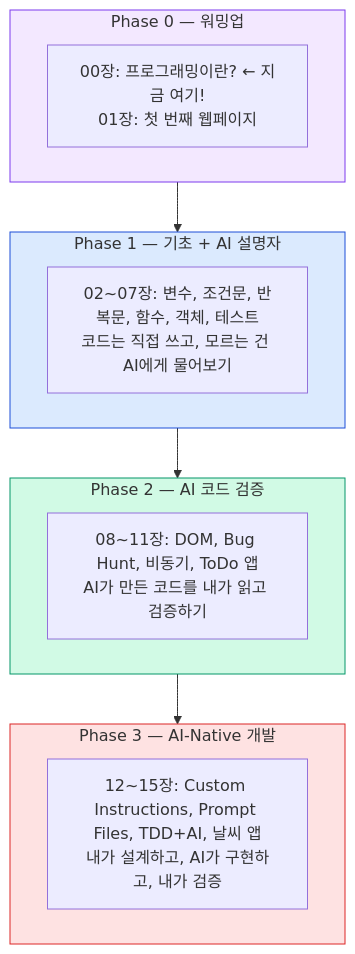
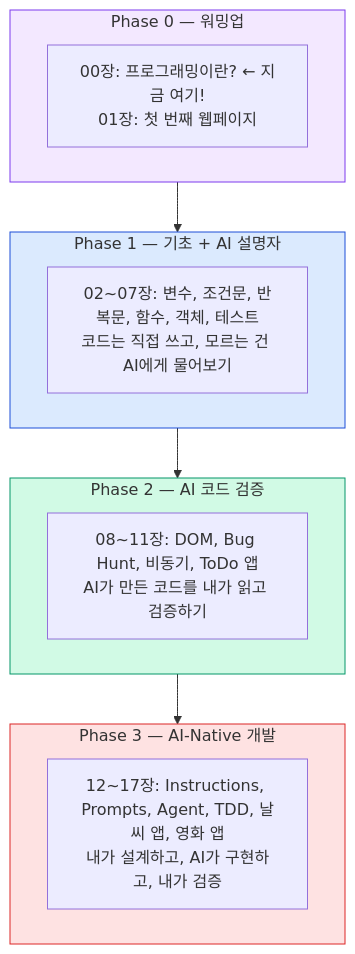
The diagram in docs/12_ai_native_javascript/01_프로그래밍이란.md (webDevpia/webDevpia.github.io), drawn with Mermaid before and after one commit.

Commit message:
01장 Mermaid: Phase 3 범위 12~15장 → 12~17장 수정
- Agent(14장) 누락 → 추가
- 영화 앱(17장) 누락 → 추가
- "TDD+AI" → "TDD" (Agent가 별도 장으로 분리되었으므로)

````diff
--- a/docs/12_ai_native_javascript/01_프로그래밍이란.md
+++ b/docs/12_ai_native_javascript/01_프로그래밍이란.md
@@ -439,24 +439,24 @@
 ```mermaid
 flowchart TB
     subgraph P0["Phase 0 — 워밍업"]
         A["00장: 프로그래밍이란? ← 지금 여기!
 01장: 첫 번째 웹페이지"]
     end
     subgraph P1["Phase 1 — 기초 + AI 설명자"]
         B["02~07장: 변수, 조건문, 반복문, 함수, 객체, 테스트
 코드는 직접 쓰고, 모르는 건 AI에게 물어보기"]
     end
     subgraph P2["Phase 2 — AI 코드 검증"]
         C["08~11장: DOM, Bug Hunt, 비동기, ToDo 앱
 AI가 만든 코드를 내가 읽고 검증하기"]
     end
     subgraph P3["Phase 3 — AI-Native 개발"]
-        D["12~15장: Custom Instructions, Prompt Files, TDD+AI, 날씨 앱
+        D["12~17장: Instructions, Prompts, Agent, TDD, 날씨 앱, 영화 앱
 내가 설계하고, AI가 구현하고, 내가 검증"]
     end
     P0 --> P1 --> P2 --> P3
     style P0 fill:#F3E8FF,stroke:#7C3AED
     style P1 fill:#DBEAFE,stroke:#1D4ED8
     style P2 fill:#D1FAE5,stroke:#059669
     style P3 fill:#FEE2E2,stroke:#DC2626
 ```
````
